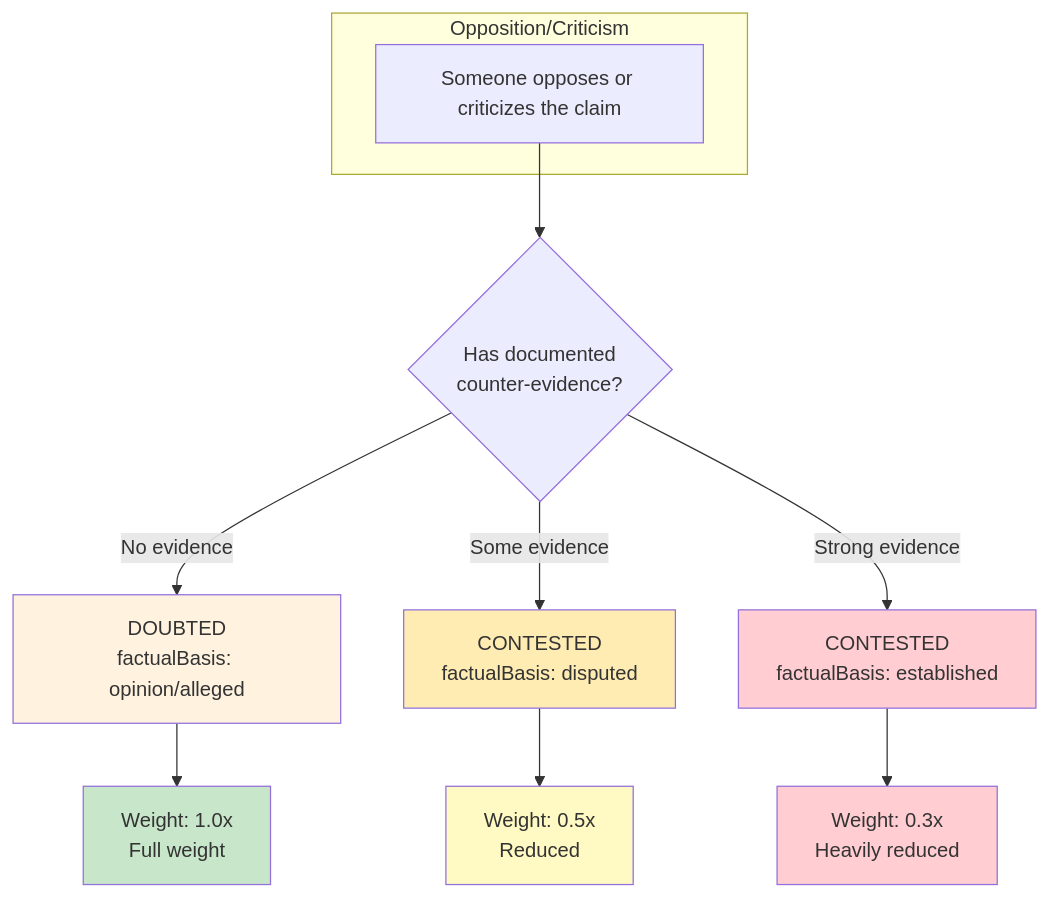
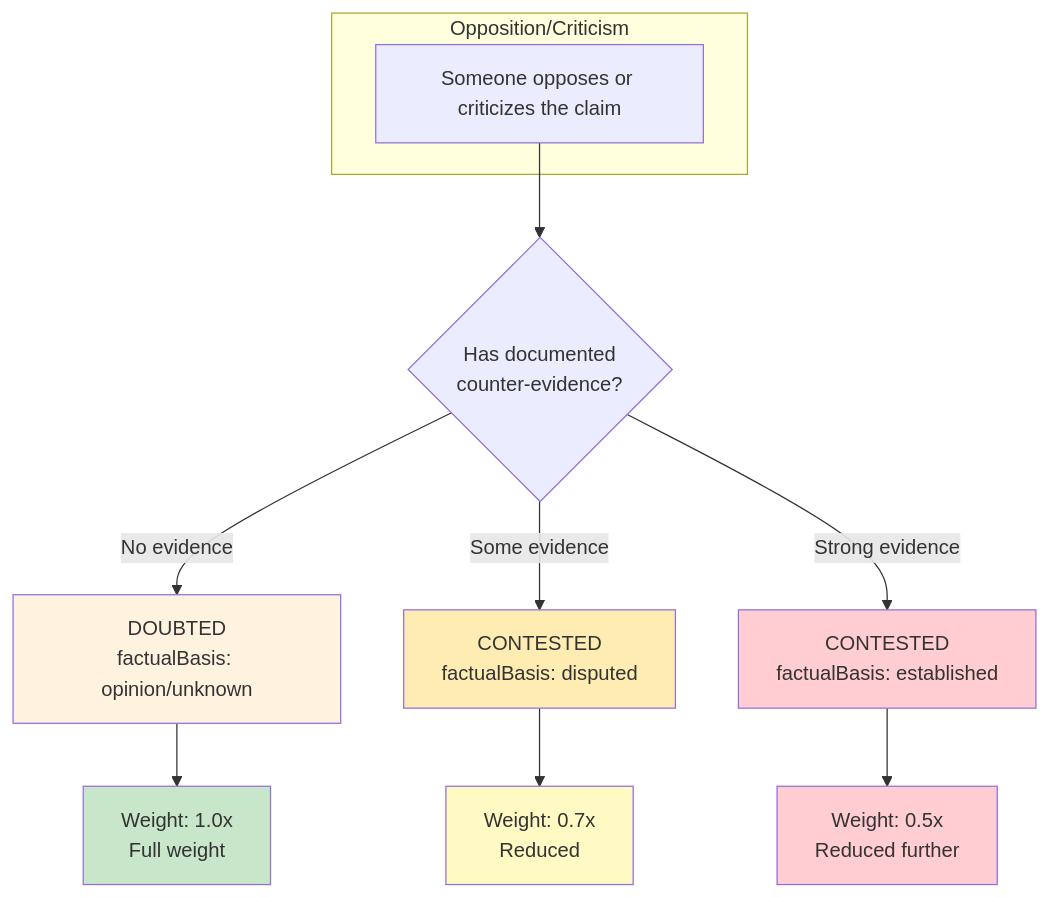
Before and after one commit to robertschaub/FactHarbor: the first of 2 diagrams in Docs/ARCHITECTURE/Calculations.md, drawn with Mermaid. The commit also changed other lines of this file, not shown here.

First line of the commit message:
docs(architecture): rewrite Calculations.md for CB pipeline

````diff
--- a/Docs/ARCHITECTURE/Calculations.md
+++ b/Docs/ARCHITECTURE/Calculations.md
@@ -152,23 +159,23 @@
 ```mermaid
 flowchart TD
     subgraph Input["Opposition/Criticism"]
         OPP[Someone opposes or criticizes the claim]
     end
-    
+
     OPP --> CHECK{Has documented<br/>counter-evidence?}
-    
-    CHECK -->|No evidence| DOUBTED[DOUBTED<br/>factualBasis: opinion/alleged]
+
+    CHECK -->|No evidence| DOUBTED[DOUBTED<br/>factualBasis: opinion/unknown]
     CHECK -->|Some evidence| DISPUTED[CONTESTED<br/>factualBasis: disputed]
     CHECK -->|Strong evidence| ESTABLISHED[CONTESTED<br/>factualBasis: established]
-    
+
     DOUBTED --> W1[Weight: 1.0x<br/>Full weight]
-    DISPUTED --> W2[Weight: 0.5x<br/>Reduced]
-    ESTABLISHED --> W3[Weight: 0.3x<br/>Heavily reduced]
-    
+    DISPUTED --> W2[Weight: 0.7x<br/>Reduced]
+    ESTABLISHED --> W3[Weight: 0.5x<br/>Reduced further]
+
     style DOUBTED fill:#fff3e0
     style DISPUTED fill:#ffecb3
     style ESTABLISHED fill:#ffcdd2
     style W1 fill:#c8e6c9
     style W2 fill:#fff9c4
     style W3 fill:#ffcdd2
 ```
````
